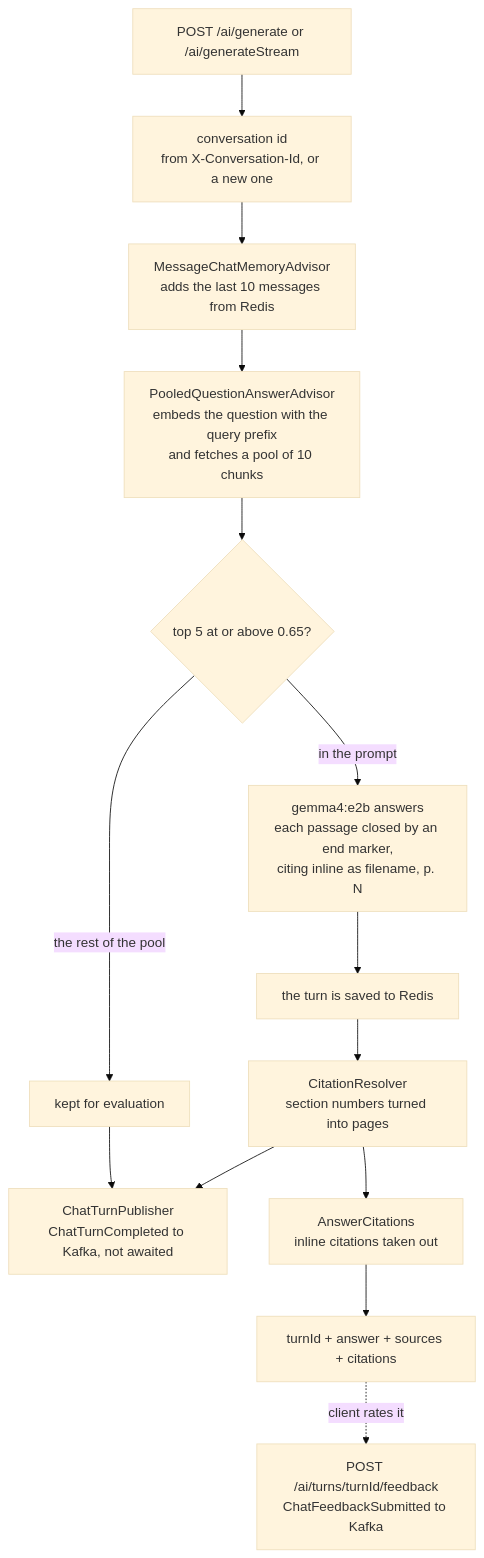
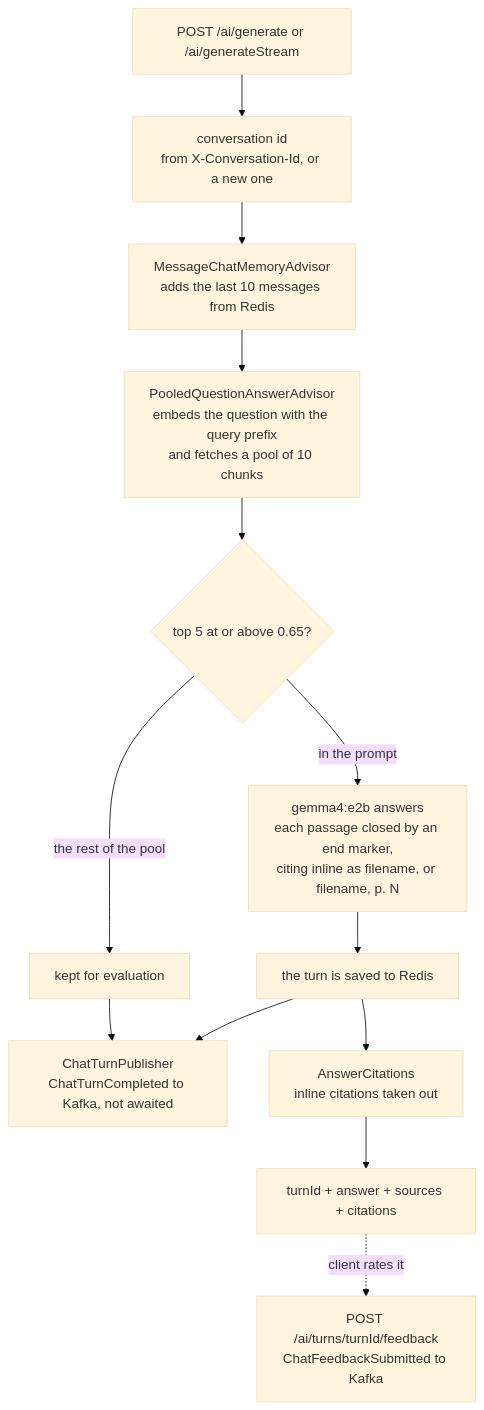
Before and after one commit to subhanmishra/spring-ai: the diagram in ragr-app/README.md, drawn with Mermaid (base theme). The commit also changed other lines of this file and 20 other files, not shown here.

````diff
--- a/ragr-app/README.md
+++ b/ragr-app/README.md
@@ -29,16 +29,15 @@
 ```mermaid
 flowchart TD
     req[POST /ai/generate or /ai/generateStream] --> id[conversation id<br/>from X-Conversation-Id, or a new one]
     id --> mem[MessageChatMemoryAdvisor<br/>adds the last 10 messages from Redis]
     mem --> qa[PooledQuestionAnswerAdvisor<br/>embeds the question with the query prefix<br/>and fetches a pool of 10 chunks]
     qa --> split{top 5 at or above 0.65?}
-    split -- in the prompt --> gen[gemma4:e2b answers<br/>each passage closed by an end marker,<br/>citing inline as filename, p. N]
+    split -- in the prompt --> gen[gemma4:e2b answers<br/>each passage closed by an end marker,<br/>citing inline as filename, or filename, p. N]
     split -- the rest of the pool --> pool[kept for evaluation]
     gen --> save[the turn is saved to Redis]
-    save --> res[CitationResolver<br/>section numbers turned into pages]
-    res --> pub[ChatTurnPublisher<br/>ChatTurnCompleted to Kafka, not awaited]
+    save --> pub[ChatTurnPublisher<br/>ChatTurnCompleted to Kafka, not awaited]
     pool --> pub
-    res --> strip[AnswerCitations<br/>inline citations taken out]
+    save --> strip[AnswerCitations<br/>inline citations taken out]
     strip --> out[turnId + answer + sources + citations]
     out -. client rates it .-> fb[POST /ai/turns/turnId/feedback<br/>ChatFeedbackSubmitted to Kafka]
 ```
````
